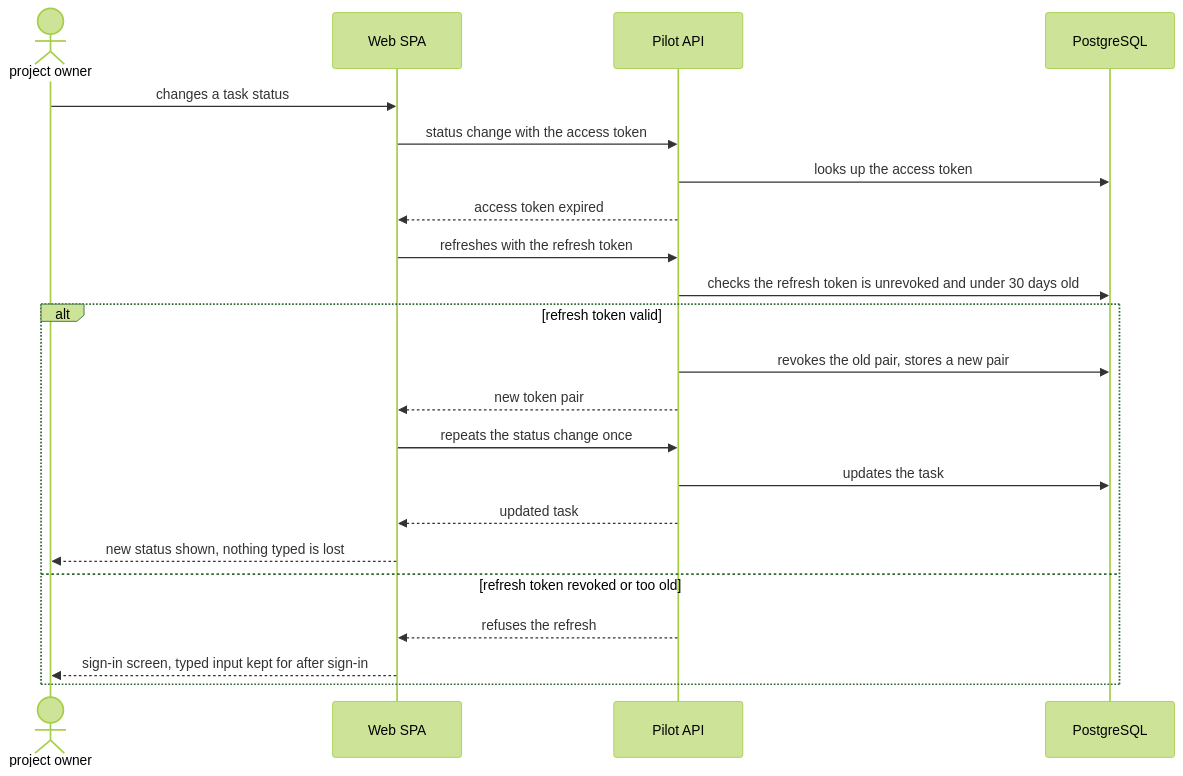
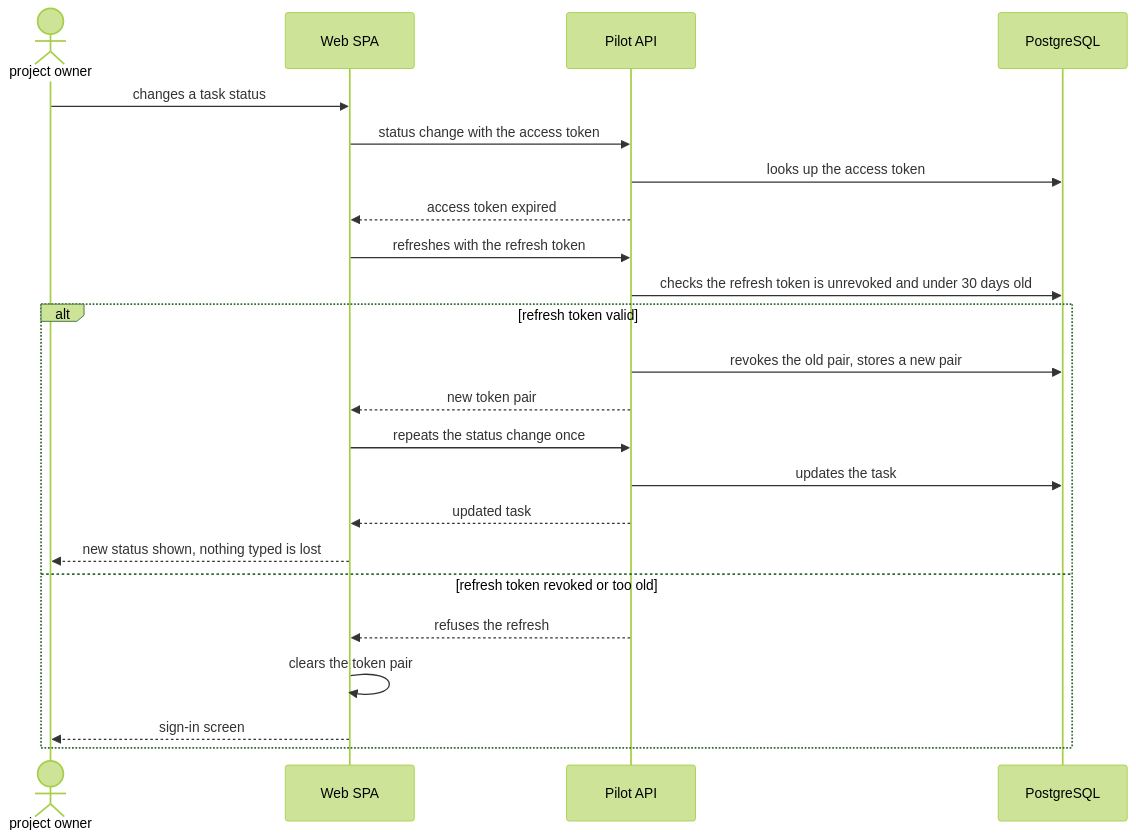
The fourth of 14 diagrams in docs/features/todolist/sad.md (OlegShevtsov1/1_mvp_pilot_fe), drawn with Mermaid (forest theme) before and after one commit. The commit also changed other lines of this file and 155 other files, not shown here.

````diff
--- a/docs/features/todolist/sad.md
+++ b/docs/features/todolist/sad.md
@@ -270,24 +280,25 @@
 ```mermaid
 sequenceDiagram
     actor U as project owner
     participant SPA as Web SPA
     participant API as Pilot API
     participant PG as PostgreSQL
     U->>SPA: changes a task status
     SPA->>API: status change with the access token
     API->>PG: looks up the access token
     API-->>SPA: access token expired
     SPA->>API: refreshes with the refresh token
     API->>PG: checks the refresh token is unrevoked and under 30 days old
     alt refresh token valid
         API->>PG: revokes the old pair, stores a new pair
         API-->>SPA: new token pair
         SPA->>API: repeats the status change once
         API->>PG: updates the task
         API-->>SPA: updated task
         SPA-->>U: new status shown, nothing typed is lost
     else refresh token revoked or too old
         API-->>SPA: refuses the refresh
-        SPA-->>U: sign-in screen, typed input kept for after sign-in
+        SPA->>SPA: clears the token pair
+        SPA-->>U: sign-in screen
     end
 ```
````
